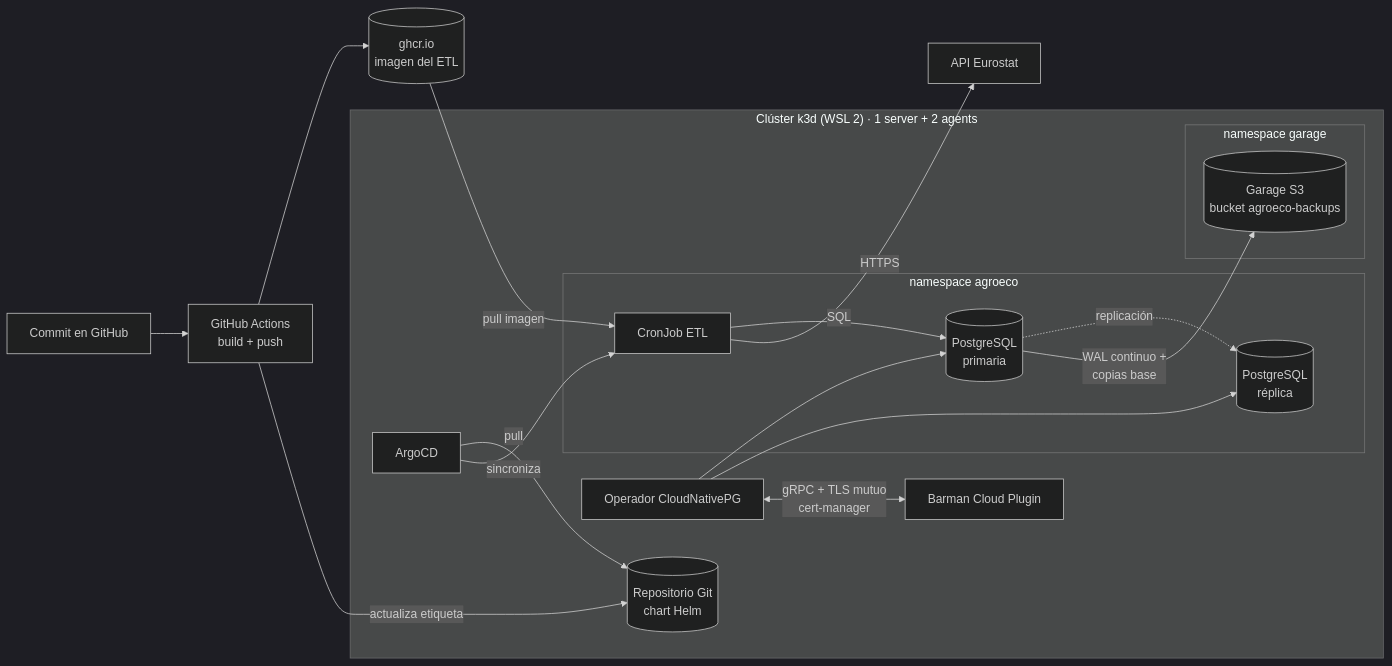
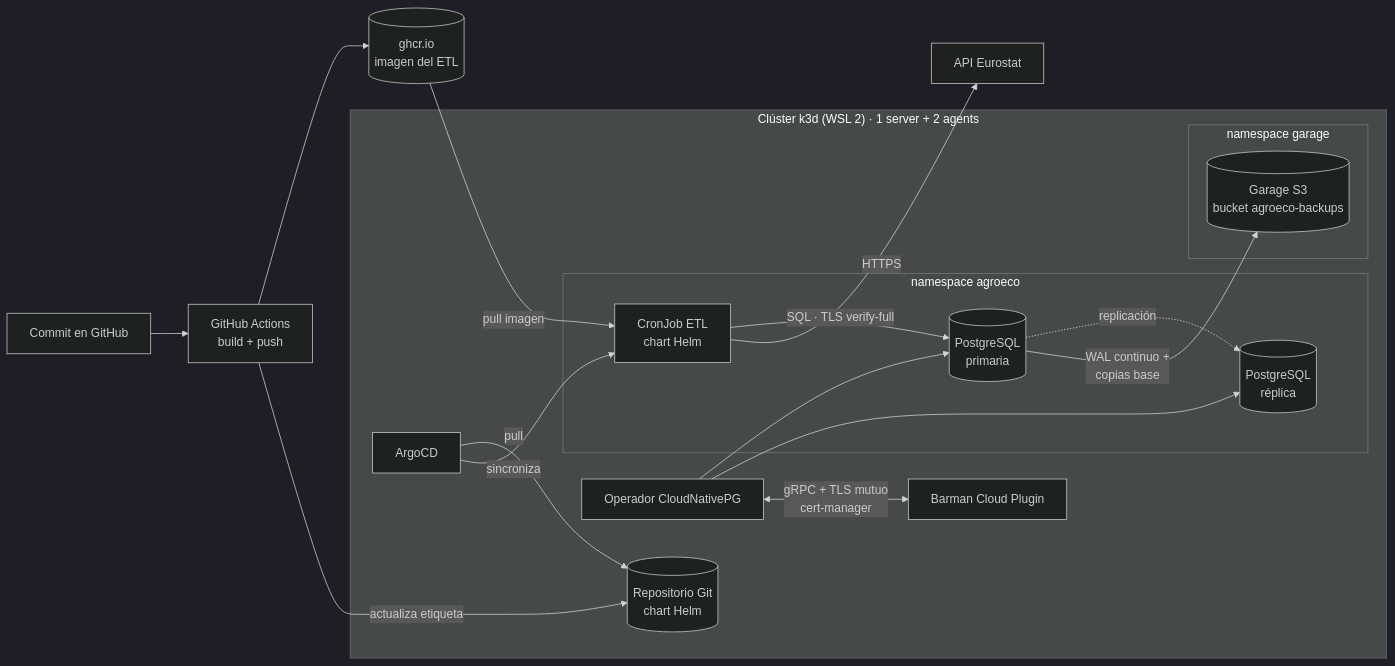
The diagram in README.md (SamAnaya11/Agroeco-EU_K8s-Platform), drawn with Mermaid (dark theme) before and after one commit. The commit also changed other lines of this file and 26 other files, not shown here.

````diff
--- a/README.md
+++ b/README.md
@@ -25,25 +25,25 @@
 ```mermaid
 flowchart LR
     dev[Commit en GitHub] --> gha[GitHub Actions<br/>build + push]
     gha --> ghcr[(ghcr.io<br/>imagen del ETL)]
     gha -->|actualiza etiqueta| repo[(Repositorio Git<br/>chart Helm)]
 
     subgraph k3d["Clúster k3d (WSL 2) · 1 server + 2 agents"]
         argo[ArgoCD] -->|pull| repo
         argo -->|sincroniza| chart
         subgraph ns["namespace agroeco"]
-            chart[CronJob ETL] -->|SQL| pg1[(PostgreSQL<br/>primaria)]
+            chart[CronJob ETL<br/>chart Helm] -->|SQL · TLS verify-full| pg1[(PostgreSQL<br/>primaria)]
             pg1 -.replicación.-> pg2[(PostgreSQL<br/>réplica)]
         end
         cnpg[Operador CloudNativePG] --> pg1
         cnpg --> pg2
         cnpg <-->|gRPC + TLS mutuo<br/>cert-manager| plugin[Barman Cloud Plugin]
         subgraph nsg["namespace garage"]
             garage[(Garage S3<br/>bucket agroeco-backups)]
         end
         pg1 -->|WAL continuo +<br/>copias base| garage
     end
 
     chart -->|HTTPS| eurostat[API Eurostat]
     ghcr -->|pull imagen| chart
 ```
````
